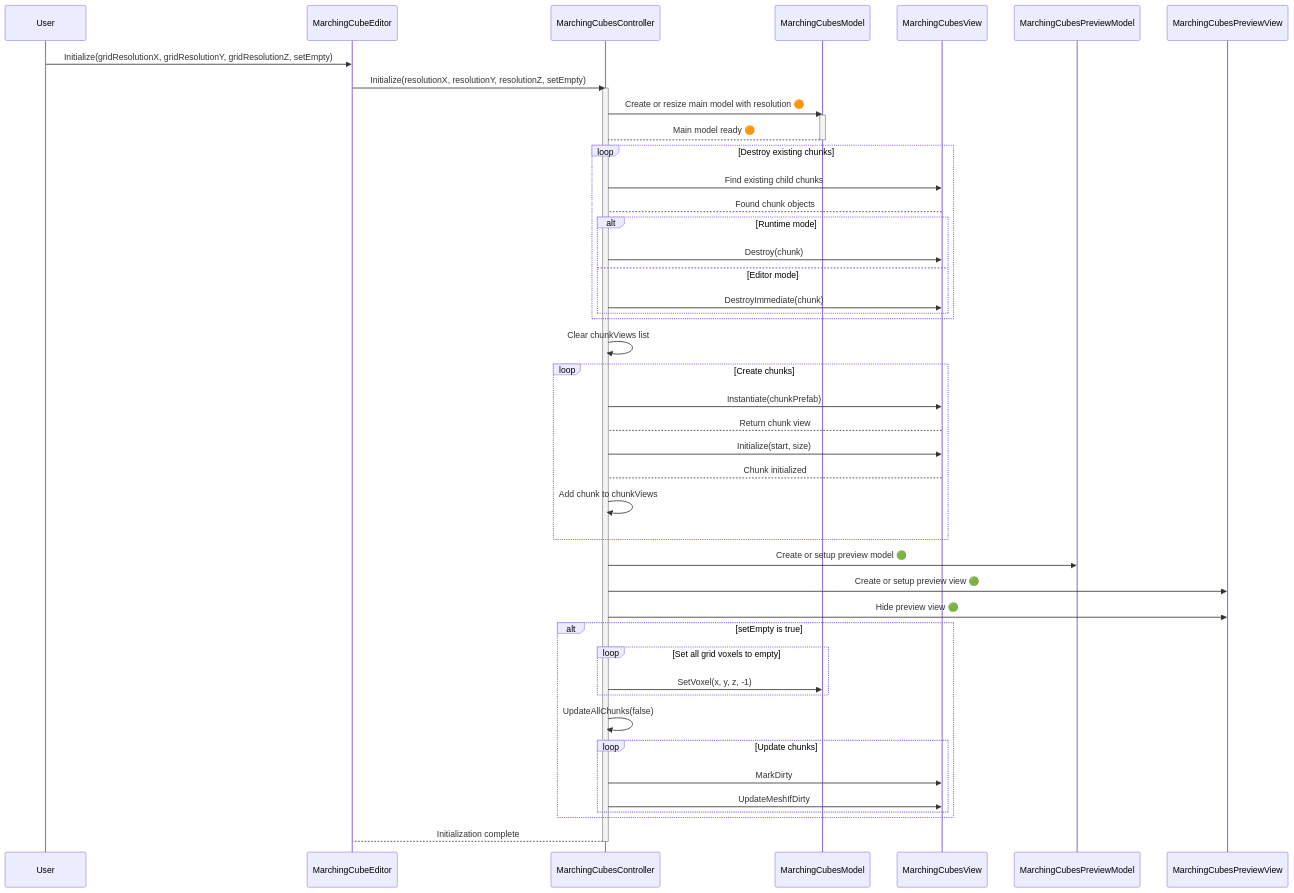
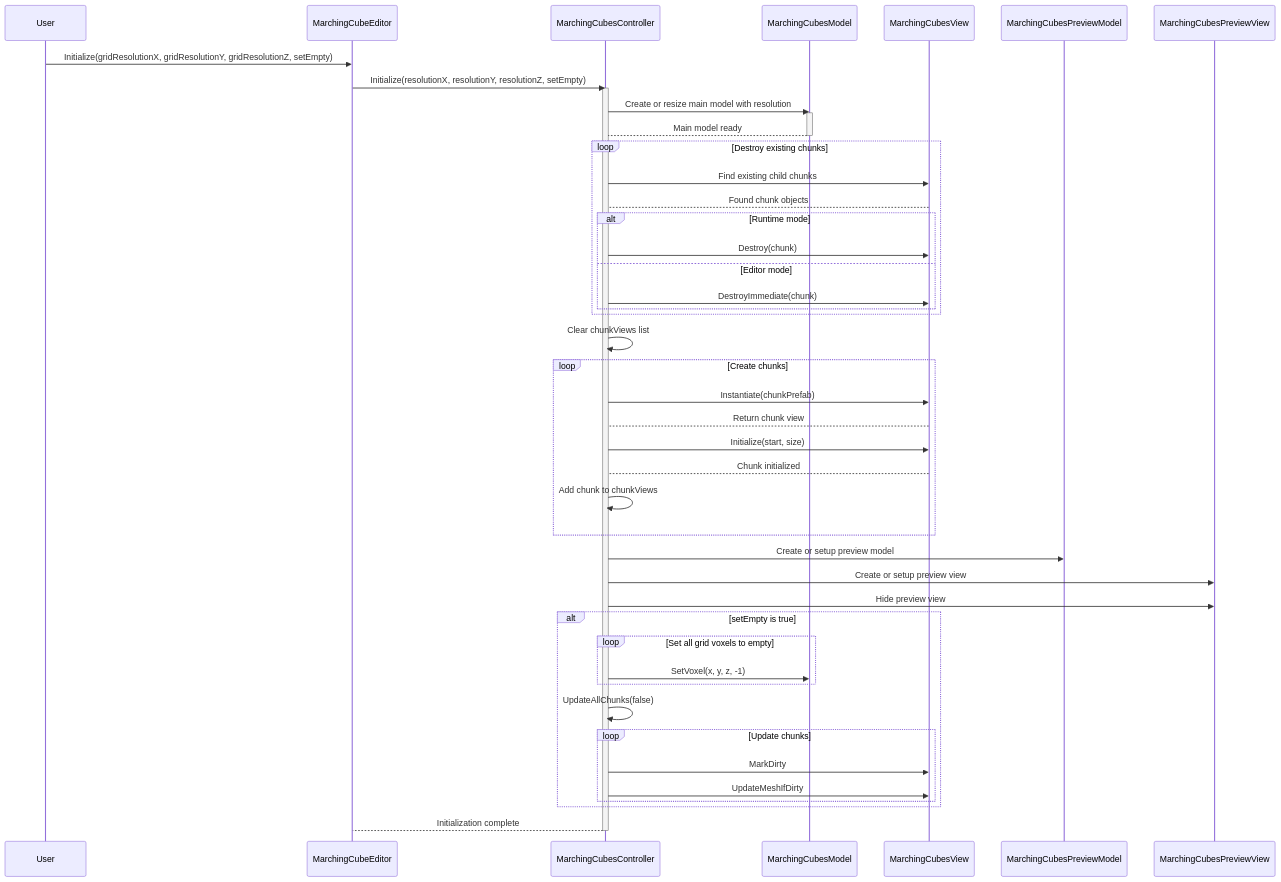
One commit to iffn/MarchingCubeEditorForUnity changed the first of 2 diagrams in Documentation/UML/SequenceDiagram/README.md. Above: the diagram before and after it, drawn with Mermaid. The commit also changed other lines of this file and 1 other file, not shown here.

Commit message:
Preview shape: Finished

````diff
--- a/Documentation/UML/SequenceDiagram/README.md
+++ b/Documentation/UML/SequenceDiagram/README.md
@@ -3,60 +3,60 @@
 ```mermaid
 sequenceDiagram
     participant User
     participant MarchingCubeEditor
     participant MarchingCubesController
     participant MarchingCubesModel
     participant MarchingCubesView
     participant MarchingCubesPreviewModel
     participant MarchingCubesPreviewView
 
     User ->> MarchingCubeEditor: Initialize(gridResolutionX, gridResolutionY, gridResolutionZ, setEmpty)
     MarchingCubeEditor ->> MarchingCubesController: Initialize(resolutionX, resolutionY, resolutionZ, setEmpty)
     
     activate MarchingCubesController
-    MarchingCubesController ->> MarchingCubesModel: Create or resize main model with resolution 🟠
+    MarchingCubesController ->> MarchingCubesModel: Create or resize main model with resolution
     activate MarchingCubesModel
-    MarchingCubesModel --> MarchingCubesController: Main model ready 🟠
+    MarchingCubesModel --> MarchingCubesController: Main model ready
     deactivate MarchingCubesModel
 
     loop Destroy existing chunks
         MarchingCubesController ->> MarchingCubesView: Find existing child chunks
         MarchingCubesView --> MarchingCubesController: Found chunk objects
         alt Runtime mode
             MarchingCubesController ->> MarchingCubesView: Destroy(chunk)
         else Editor mode
             MarchingCubesController ->> MarchingCubesView: DestroyImmediate(chunk)
         end
     end
 
     MarchingCubesController ->> MarchingCubesController: Clear chunkViews list
     
     loop Create chunks
         MarchingCubesController ->> MarchingCubesView: Instantiate(chunkPrefab)
         MarchingCubesView --> MarchingCubesController: Return chunk view
         MarchingCubesController ->> MarchingCubesView: Initialize(start, size)
         MarchingCubesView --> MarchingCubesController: Chunk initialized
         MarchingCubesController ->> MarchingCubesController: Add chunk to chunkViews
     end
     
-    MarchingCubesController ->> MarchingCubesPreviewModel: Create or setup preview model 🟢
+    MarchingCubesController ->> MarchingCubesPreviewModel: Create or setup preview model
 
-    MarchingCubesController ->> MarchingCubesPreviewView: Create or setup preview view 🟢
+    MarchingCubesController ->> MarchingCubesPreviewView: Create or setup preview view
 
-    MarchingCubesController ->> MarchingCubesPreviewView: Hide preview view 🟢
+    MarchingCubesController ->> MarchingCubesPreviewView: Hide preview view
 
 
     alt setEmpty is true
         loop Set all grid voxels to empty
             MarchingCubesController ->> MarchingCubesModel: SetVoxel(x, y, z, -1)
         end
         MarchingCubesController ->> MarchingCubesController: UpdateAllChunks(false)
         loop Update chunks
             MarchingCubesController ->> MarchingCubesView: MarkDirty
             MarchingCubesController ->> MarchingCubesView: UpdateMeshIfDirty
         end
     end
 
     MarchingCubesController --> MarchingCubeEditor: Initialization complete
     deactivate MarchingCubesController
 ```    
````
